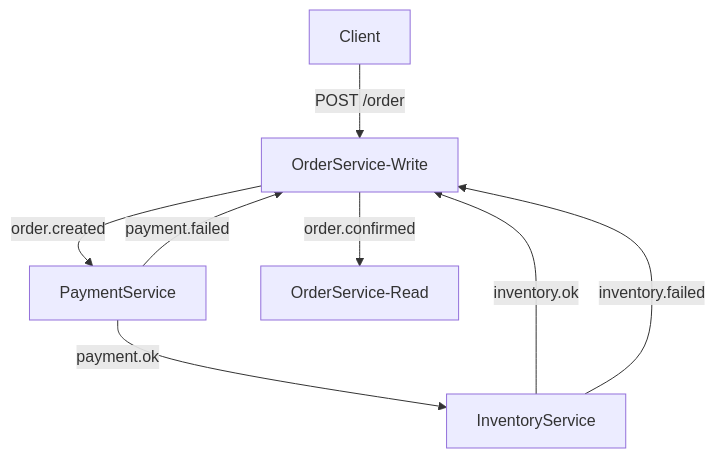
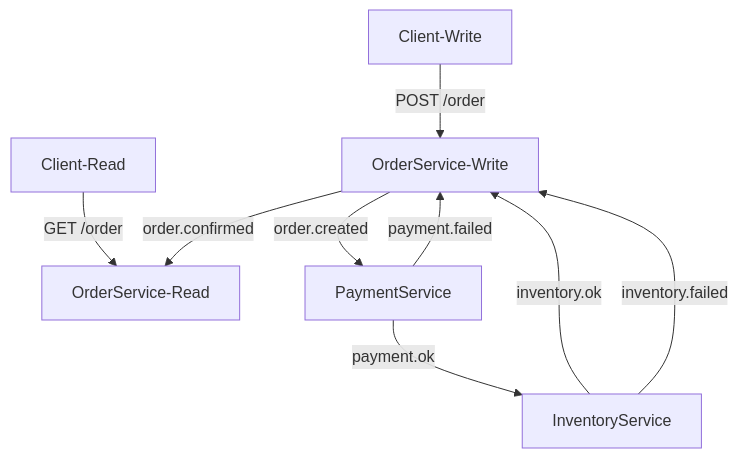
Before and after one commit to nbicocchi/learn-microservices: the third of 3 diagrams in modules/data-management/labs/README.md, drawn with Mermaid. The commit also changed other lines of this file and 6 other files, not shown here.

````diff
--- a/modules/data-management/labs/README.md
+++ b/modules/data-management/labs/README.md
@@ -52,10 +52,11 @@
 ```mermaid
 flowchart TD
-  Client -->|POST /order| OrderService-Write
+  Client-Write -->|POST /order| OrderService-Write
+  Client-Read -->|GET /order| OrderService-Read
   OrderService-Write -->|order.created| PaymentService
   OrderService-Write -->|order.confirmed| OrderService-Read
   PaymentService -->|payment.ok| InventoryService
   PaymentService -->|payment.failed| OrderService-Write
   InventoryService -->|inventory.ok| OrderService-Write
   InventoryService -->|inventory.failed| OrderService-Write
 ```
````
